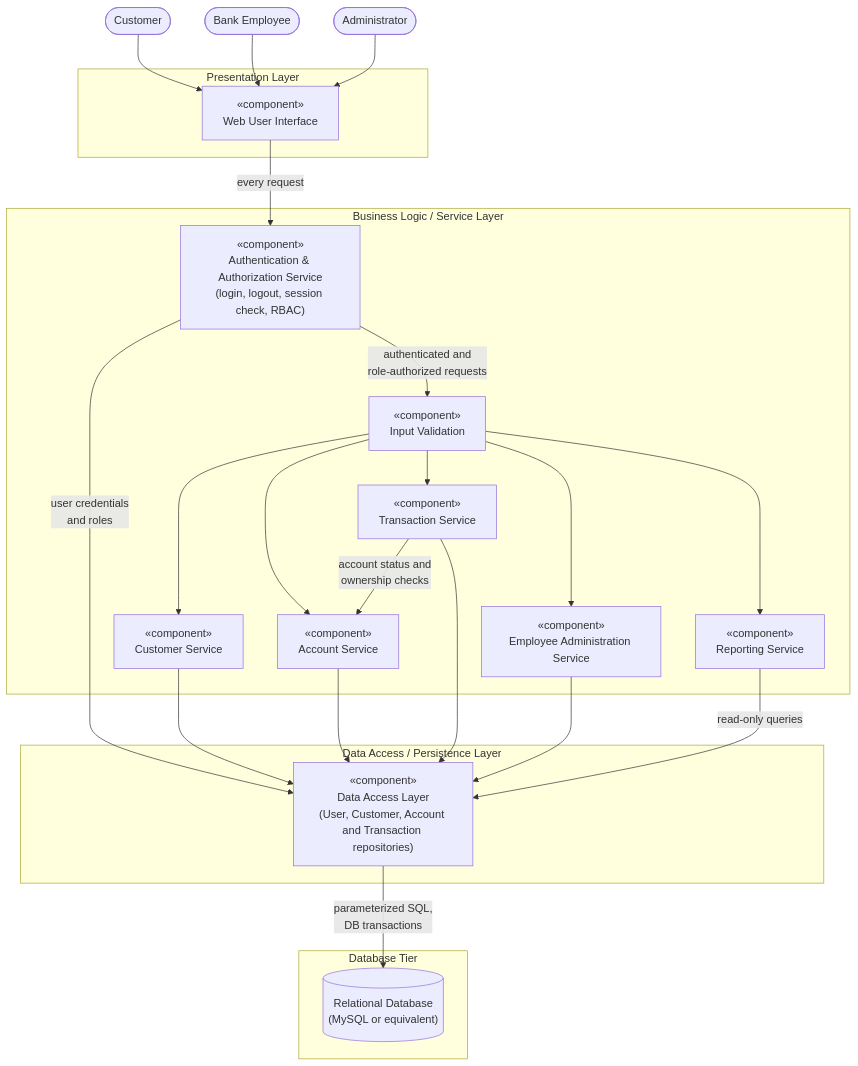
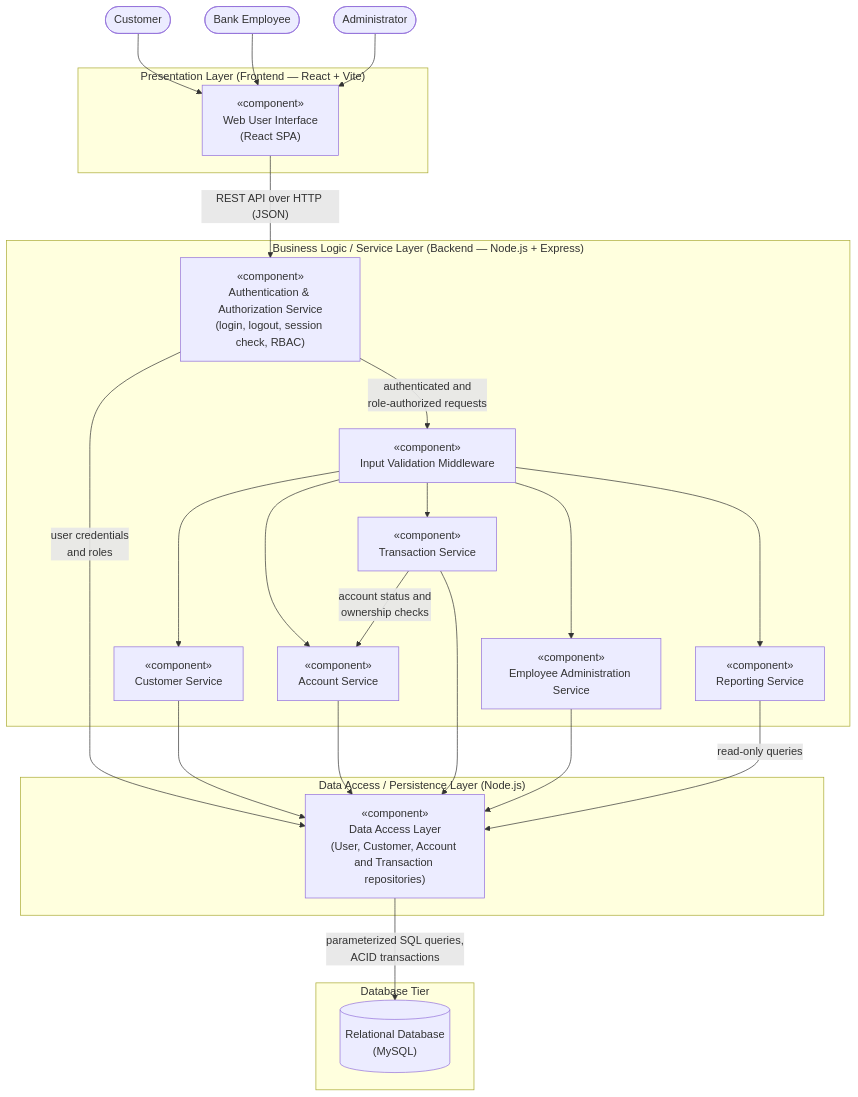
The diagram in docs/phase1/diagrams/component_diagram.md (sujayhegde23/Bank-Management-System), drawn with Mermaid before and after one commit. The commit also changed other lines of this file and 4 other files, not shown here.

Commit message:
docs: finalize technology stack and architecture

````diff
--- a/docs/phase1/diagrams/component_diagram.md
+++ b/docs/phase1/diagrams/component_diagram.md
@@ -10,51 +11,51 @@
 ```mermaid
 flowchart TB
     Customer([Customer])
     Employee([Bank Employee])
     Admin([Administrator])
 
-    subgraph PL["Presentation Layer"]
-        UI["«component»<br/>Web User Interface"]
+    subgraph PL["Presentation Layer (Frontend — React + Vite)"]
+        UI["«component»<br/>Web User Interface<br/>(React SPA)"]
     end
 
-    subgraph BL["Business Logic / Service Layer"]
+    subgraph BL["Business Logic / Service Layer (Backend — Node.js + Express)"]
         AUTH["«component»<br/>Authentication & Authorization Service<br/>(login, logout, session check, RBAC)"]
-        VAL["«component»<br/>Input Validation"]
+        VAL["«component»<br/>Input Validation Middleware"]
         CUST["«component»<br/>Customer Service"]
         ACC["«component»<br/>Account Service"]
         TXN["«component»<br/>Transaction Service"]
         EMP["«component»<br/>Employee Administration Service"]
         RPT["«component»<br/>Reporting Service"]
     end
 
-    subgraph DL["Data Access / Persistence Layer"]
+    subgraph DL["Data Access / Persistence Layer (Node.js)"]
         DAL["«component»<br/>Data Access Layer<br/>(User, Customer, Account and Transaction repositories)"]
     end
 
     subgraph DT["Database Tier"]
-        RDB[("Relational Database<br/>(MySQL or equivalent)")]
+        RDB[("Relational Database<br/>(MySQL)")]
     end
 
     Customer --> UI
     Employee --> UI
     Admin --> UI
 
-    UI -->|"every request"| AUTH
+    UI -->|"REST API over HTTP (JSON)"| AUTH
     AUTH -->|"authenticated and<br/>role-authorized requests"| VAL
     VAL --> CUST
     VAL --> ACC
     VAL --> TXN
     VAL --> EMP
     VAL --> RPT
 
     TXN -->|"account status and<br/>ownership checks"| ACC
 
     AUTH -->|"user credentials<br/>and roles"| DAL
     CUST --> DAL
     ACC --> DAL
     TXN --> DAL
     EMP --> DAL
     RPT -->|"read-only queries"| DAL
 
-    DAL -->|"parameterized SQL,<br/>DB transactions"| RDB
+    DAL -->|"parameterized SQL queries,<br/>ACID transactions"| RDB
 ```
````
